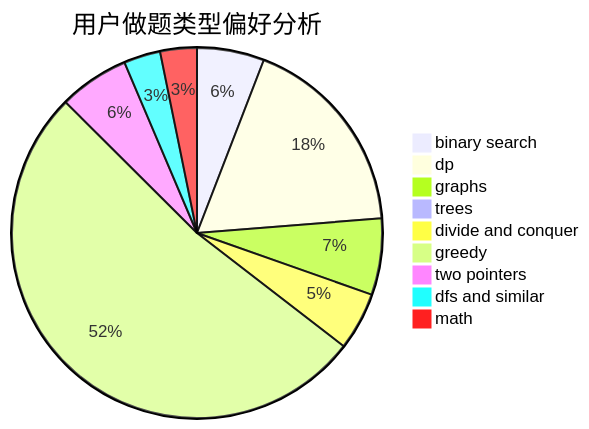
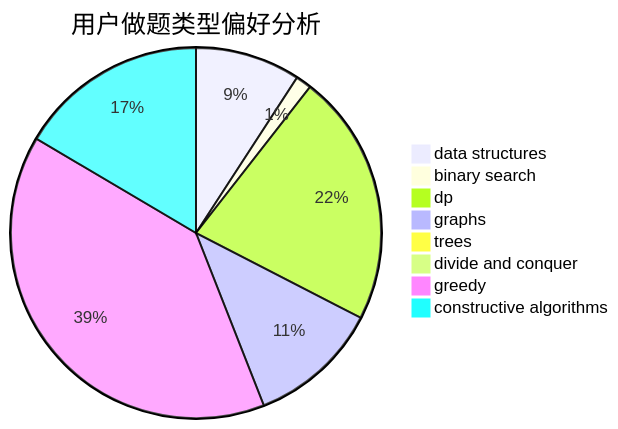
Before and after one commit to sherpahu/cfrs.github.io: the second of 3 diagrams in docs/user/u717.md, drawn with Mermaid. The commit also changed other lines of this file and 2775 other files, not shown here.

````diff
--- a/docs/user/u717.md
+++ b/docs/user/u717.md
@@ -23,12 +23,11 @@
 ```mermaid
 pie title 用户做题类型偏好分析
-    "binary search" :  22
-    "dp" :  67
+    "data structures" :  20
+    "binary search" :  3
+    "dp" :  48
     "graphs" :  25
     "trees" :  0
-    "divide and conquer" :  19
-    "greedy" :  195
-    "two pointers" :  23
-    "dfs and similar" :  12
-    "math" :  12
+    "divide and conquer" :  0
+    "greedy" :  86
+    "constructive algorithms" :  36
 ```
````
